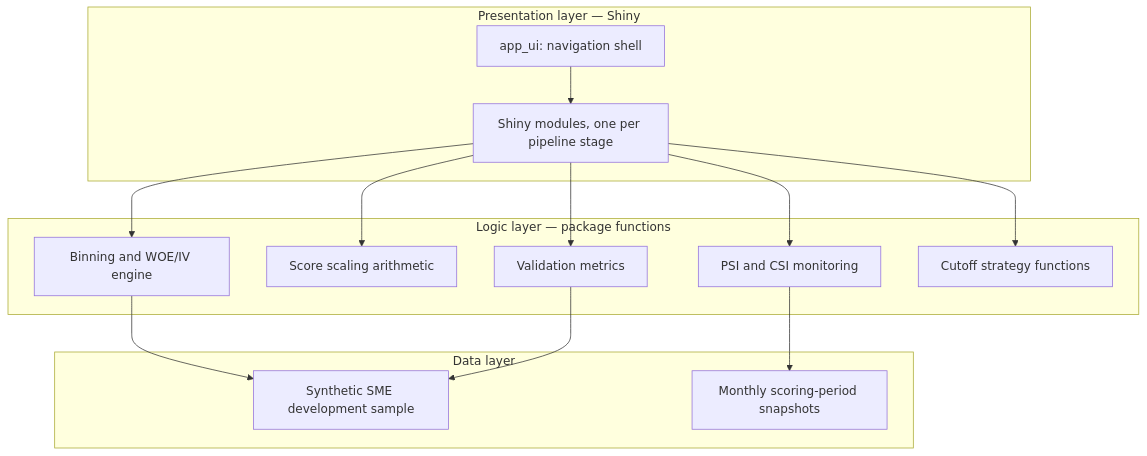
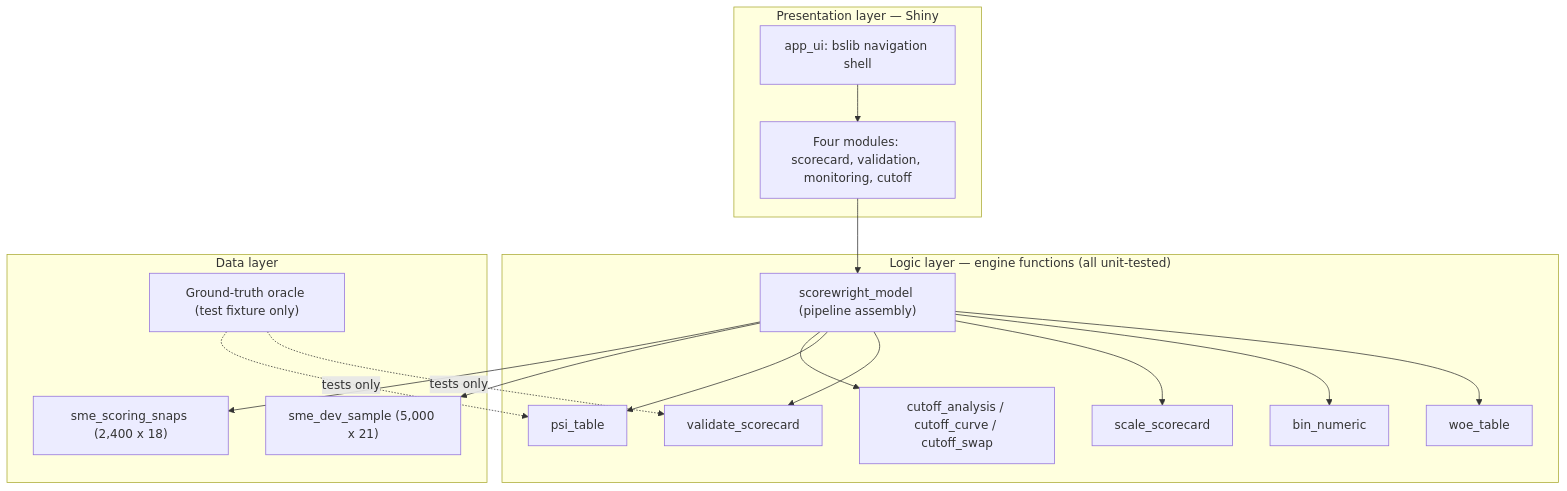
One commit to arponbiswasanik/scorewright changed the second of 2 diagrams in README.md. Above: the diagram before and after it, drawn with Mermaid. The commit also changed other lines of this file and 1 other file, not shown here.

````diff
--- a/README.md
+++ b/README.md
@@ -40,30 +55,36 @@
 ```mermaid
 flowchart TD
     subgraph presentation["Presentation layer — Shiny"]
-        UI["app_ui: navigation shell"]
-        MODS["Shiny modules, one per pipeline stage"]
+        UI["app_ui: bslib navigation shell"]
+        MODS["Four modules: scorecard, validation, monitoring, cutoff"]
     end
 
-    subgraph logic["Logic layer — package functions"]
-        BIN["Binning and WOE/IV engine"]
-        SCALE["Score scaling arithmetic"]
-        VALID["Validation metrics"]
-        MON["PSI and CSI monitoring"]
-        STRAT["Cutoff strategy functions"]
+    subgraph logic["Logic layer — engine functions (all unit-tested)"]
+        WOE["woe_table"]
+        BIN["bin_numeric"]
+        SCALE["scale_scorecard"]
+        VALID["validate_scorecard"]
+        MON["psi_table"]
+        STRAT["cutoff_analysis / cutoff_curve / cutoff_swap"]
+        MODEL["scorewright_model (pipeline assembly)"]
     end
 
     subgraph data["Data layer"]
-        DAT["Synthetic SME development sample"]
-        SNAP["Monthly scoring-period snapshots"]
+        DAT["sme_dev_sample (5,000 x 21)"]
+        SNAP["sme_scoring_snaps (2,400 x 18)"]
+        ORACLE["Ground-truth oracle (test fixture only)"]
     end
 
     UI --> MODS
-    MODS --> BIN
-    MODS --> SCALE
-    MODS --> VALID
-    MODS --> MON
-    MODS --> STRAT
-    BIN --> DAT
-    VALID --> DAT
-    MON --> SNAP
+    MODS --> MODEL
+    MODEL --> WOE
+    MODEL --> BIN
+    MODEL --> SCALE
+    MODEL --> VALID
+    MODEL --> MON
+    MODEL --> STRAT
+    MODEL --> DAT
+    MODEL --> SNAP
+    ORACLE -.->|"tests only"| VALID
+    ORACLE -.->|"tests only"| MON
 ```
````
